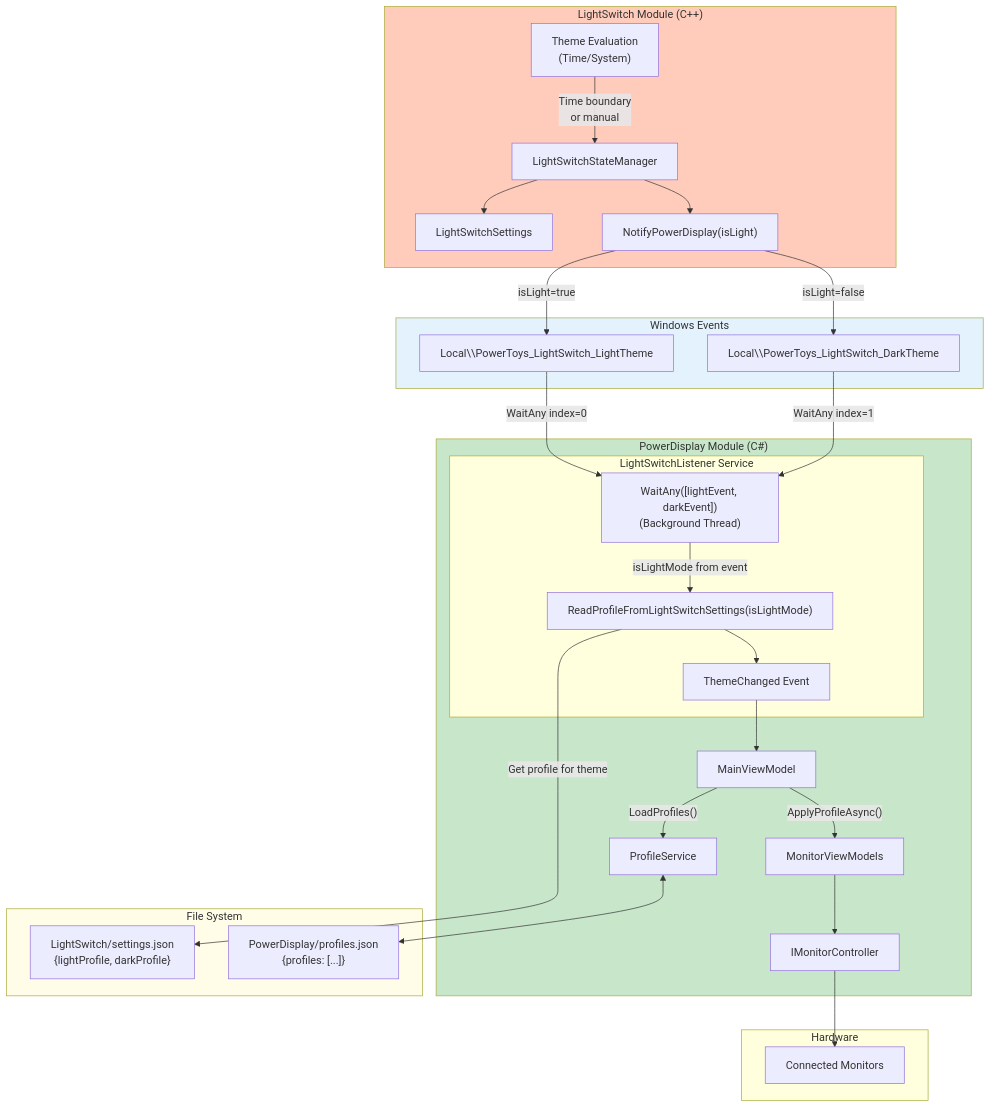
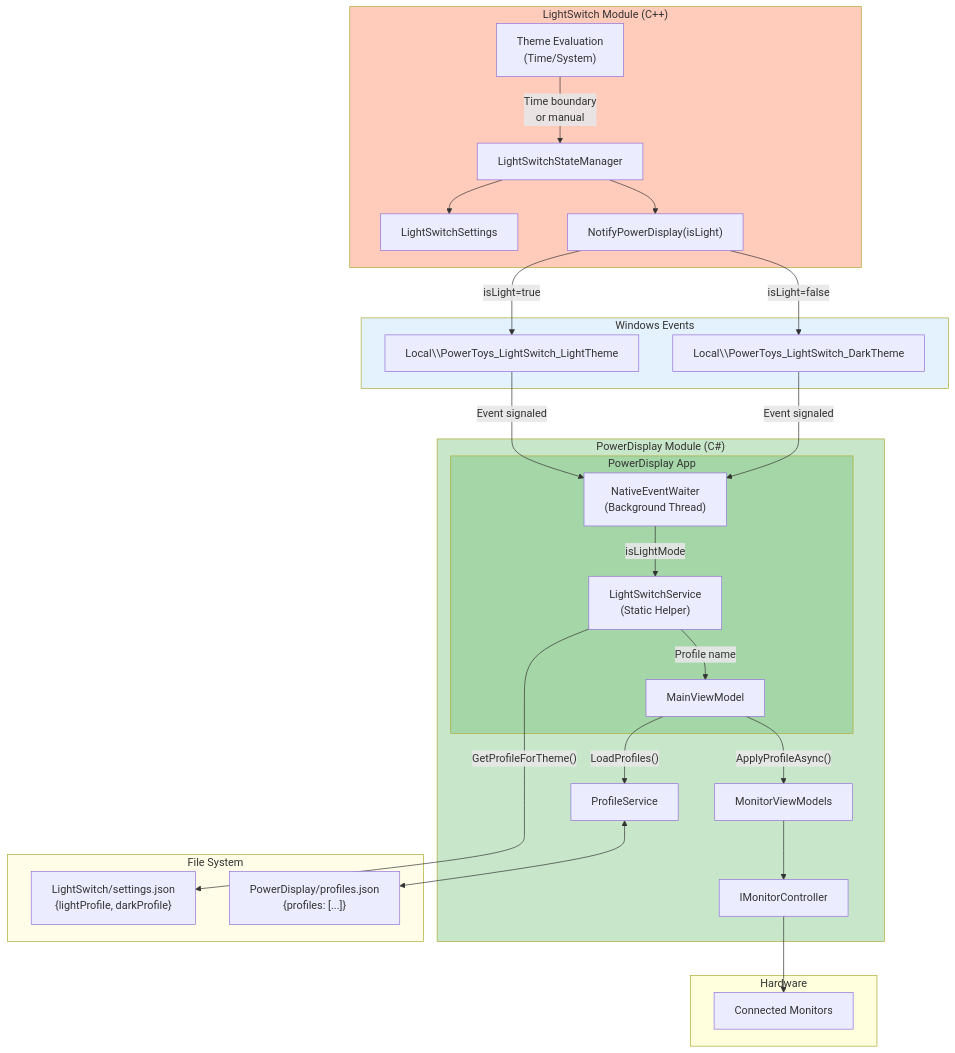
The ninth of 17 diagrams in doc/devdocs/modules/powerdisplay/design.md (microsoft/PowerToys), drawn with Mermaid before and after one commit. The commit also changed other lines of this file and 2 other files, not shown here.

First line of the commit message:
PowerDisplay: overhaul design docs, remove obsolete IPC code

````diff
--- a/doc/devdocs/modules/powerdisplay/design.md
+++ b/doc/devdocs/modules/powerdisplay/design.md
@@ -546,61 +909,60 @@
 ```mermaid
 flowchart TB
     subgraph LightSwitchModule["LightSwitch Module (C++)"]
         StateManager["LightSwitchStateManager"]
         ThemeEval["Theme Evaluation<br/>(Time/System)"]
         LightSwitchSettings["LightSwitchSettings"]
         NotifyPD["NotifyPowerDisplay(isLight)"]
     end
 
     subgraph PowerDisplayModule["PowerDisplay Module (C#)"]
-        subgraph Listener["LightSwitchListener Service"]
-            EventWait["WaitAny([lightEvent, darkEvent])<br/>(Background Thread)"]
-            ReadSettings["ReadProfileFromLightSwitchSettings(isLightMode)"]
-            ThemeChangedEvent["ThemeChanged Event"]
+        subgraph App["PowerDisplay App"]
+            EventWaiter["NativeEventWaiter<br/>(Background Thread)"]
+            LightSwitchSvc["LightSwitchService<br/>(Static Helper)"]
+            MainViewModel["MainViewModel"]
         end
 
-        MainViewModel["MainViewModel"]
         ProfileService["ProfileService"]
         MonitorVMs["MonitorViewModels"]
         Controllers["IMonitorController"]
     end
 
     subgraph WindowsEvents["Windows Events"]
         LightEvent["Local\\PowerToys_LightSwitch_LightTheme"]
         DarkEvent["Local\\PowerToys_LightSwitch_DarkTheme"]
     end
 
     subgraph FileSystem["File System"]
         LSSettingsJson["LightSwitch/settings.json<br/>{lightProfile, darkProfile}"]
         PDProfilesJson["PowerDisplay/profiles.json<br/>{profiles: [...]}"]
     end
 
     subgraph Hardware["Hardware"]
         Monitors["Connected Monitors"]
     end
 
     %% LightSwitch flow
     ThemeEval -->|"Time boundary<br/>or manual"| StateManager
     StateManager --> LightSwitchSettings
     StateManager --> NotifyPD
     NotifyPD -->|"isLight=true"| LightEvent
     NotifyPD -->|"isLight=false"| DarkEvent
 
-    %% PowerDisplay flow - theme determined from event, not registry
-    LightEvent -->|"WaitAny index=0"| EventWait
-    DarkEvent -->|"WaitAny index=1"| EventWait
-    EventWait -->|"isLightMode from event"| ReadSettings
-    ReadSettings -->|"Get profile for theme"| LSSettingsJson
-    ReadSettings --> ThemeChangedEvent
-    ThemeChangedEvent --> MainViewModel
+    %% PowerDisplay flow - theme determined from event
+    LightEvent -->|"Event signaled"| EventWaiter
+    DarkEvent -->|"Event signaled"| EventWaiter
+    EventWaiter -->|"isLightMode"| LightSwitchSvc
+    LightSwitchSvc -->|"GetProfileForTheme()"| LSSettingsJson
+    LightSwitchSvc -->|"Profile name"| MainViewModel
     MainViewModel -->|"LoadProfiles()"| ProfileService
     ProfileService <--> PDProfilesJson
     MainViewModel -->|"ApplyProfileAsync()"| MonitorVMs
     MonitorVMs --> Controllers
     Controllers --> Monitors
 
     style LightSwitchModule fill:#ffccbc
     style PowerDisplayModule fill:#c8e6c9
+    style App fill:#a5d6a7
     style WindowsEvents fill:#e3f2fd
     style FileSystem fill:#fffde7
 ```
````
